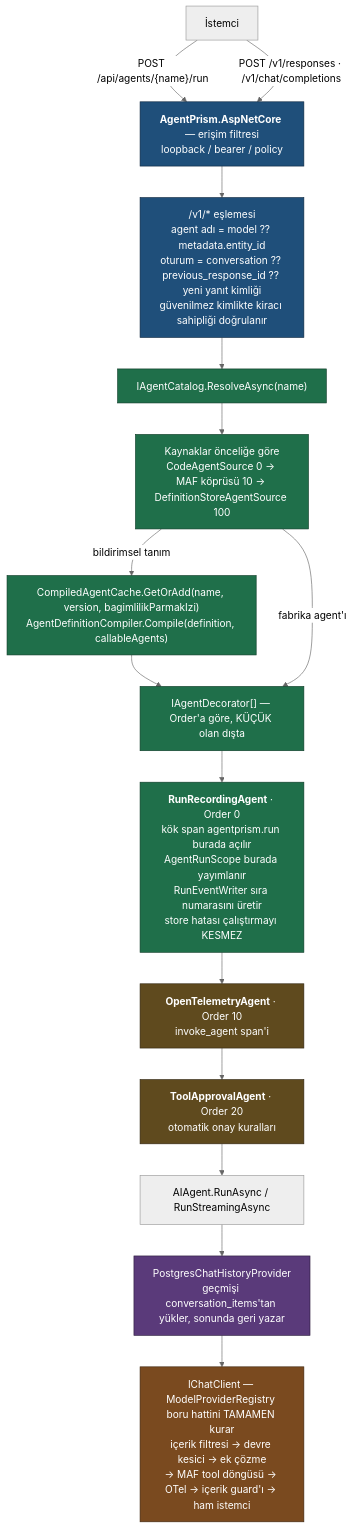
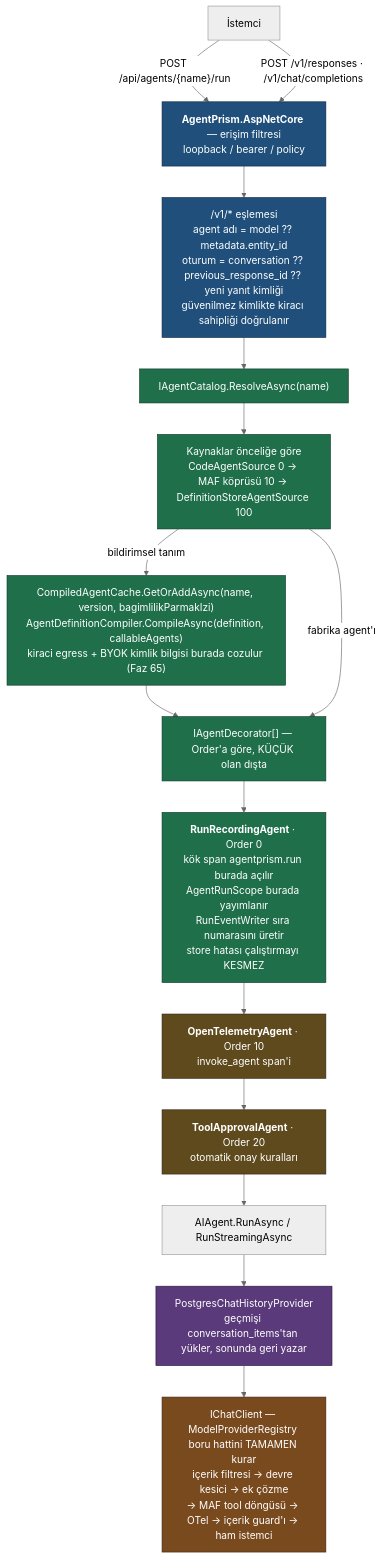
One commit to farukatasoy/Tracon changed the third of 9 diagrams in docs/MIMARI.md. Above: the diagram before and after it, drawn with Mermaid (neutral theme). The commit also changed other lines of this file and 106 other files, not shown here.

````diff
--- a/docs/MIMARI.md
+++ b/docs/MIMARI.md
@@ -224,35 +226,35 @@
 ```mermaid
 flowchart TD
     C["İstemci"]
     H["<b>AgentPrism.AspNetCore</b> — erişim filtresi<br/>loopback / bearer / policy"]
     V1["/v1/* eşlemesi<br/>agent adı = model ?? metadata.entity_id<br/>oturum = conversation ?? previous_response_id ?? yeni yanıt kimliği<br/>güvenilmez kimlikte kiracı sahipliği doğrulanır"]
     R["IAgentCatalog.ResolveAsync(name)"]
     SRC["Kaynaklar önceliğe göre<br/>CodeAgentSource 0 → MAF köprüsü 10 → DefinitionStoreAgentSource 100"]
-    COMP["CompiledAgentCache.GetOrAdd(name, version, bagimlilikParmakIzi)<br/>AgentDefinitionCompiler.Compile(definition, callableAgents)"]
+    COMP["CompiledAgentCache.GetOrAddAsync(name, version, bagimlilikParmakIzi)<br/>AgentDefinitionCompiler.CompileAsync(definition, callableAgents)<br/>kiraci egress + BYOK kimlik bilgisi burada cozulur (Faz 65)"]
     DEC["IAgentDecorator[] — Order'a göre, KÜÇÜK olan dışta"]
     REC["<b>RunRecordingAgent</b> · Order 0<br/>kök span agentprism.run burada açılır<br/>AgentRunScope burada yayımlanır<br/>RunEventWriter sıra numarasını üretir<br/>store hatası çalıştırmayı KESMEZ"]
     OTEL["<b>OpenTelemetryAgent</b> · Order 10<br/>invoke_agent span'i"]
     APR["<b>ToolApprovalAgent</b> · Order 20<br/>otomatik onay kuralları"]
     RUN["AIAgent.RunAsync / RunStreamingAsync"]
     CHP["PostgresChatHistoryProvider<br/>geçmişi conversation_items'tan yükler, sonunda geri yazar"]
     LLM["IChatClient — ModelProviderRegistry boru hattini TAMAMEN kurar<br/>içerik filtresi → devre kesici → ek çözme<br/>→ MAF tool döngüsü → OTel → içerik guard'ı → ham istemci"]
 
     C -->|"POST /api/agents/{name}/run"| H
     C -->|"POST /v1/responses · /v1/chat/completions"| H
     H --> V1 --> R --> SRC
     SRC -->|"bildirimsel tanım"| COMP --> DEC
     SRC -->|"fabrika agent'ı"| DEC
     DEC --> REC --> OTEL --> APR --> RUN
     RUN --> CHP --> LLM
 
     classDef faz4 fill:#1f4f7a,stroke:#0d2740,color:#ffffff
     classDef faz1 fill:#1f6f4a,stroke:#0d3b27,color:#ffffff
     classDef faz2 fill:#5a3a7a,stroke:#2c1c3d,color:#ffffff
     classDef faz3 fill:#7a4a1f,stroke:#3d250f,color:#ffffff
     class H,V1 faz4
     classDef faz6 fill:#5f4a1e,stroke:#302510,color:#ffffff
     class R,SRC,COMP,DEC,REC faz1
     class CHP faz2
     class LLM faz3
     class OTEL,APR faz6
 ```
````
